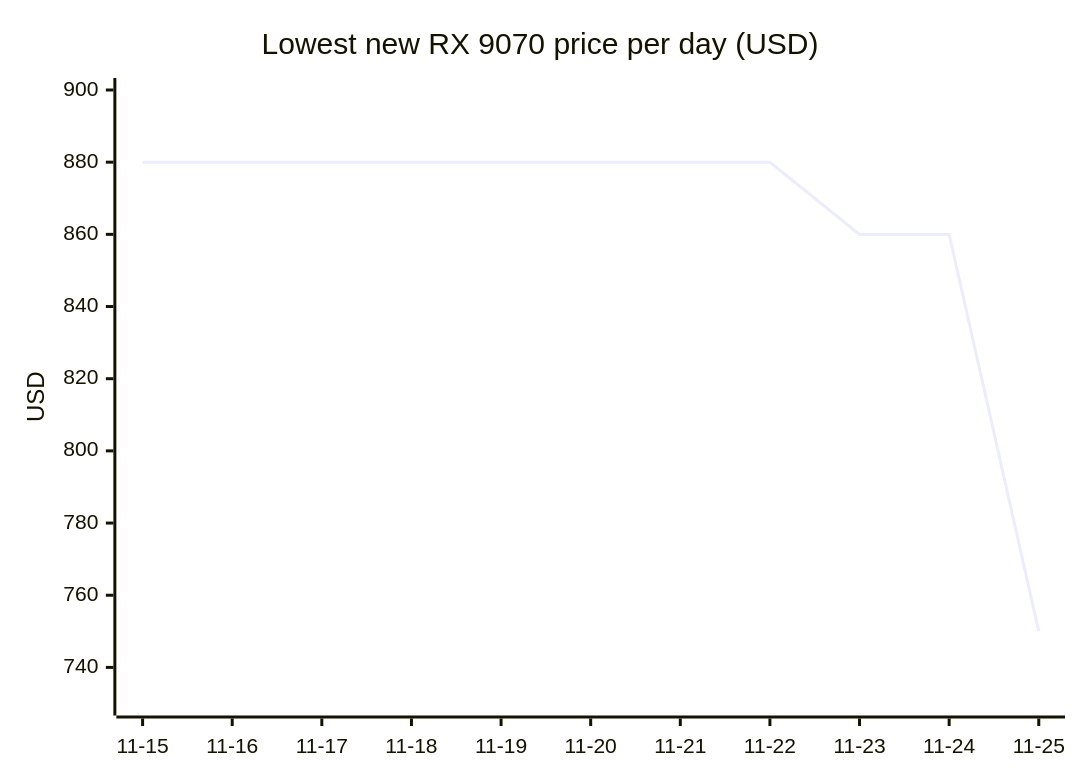
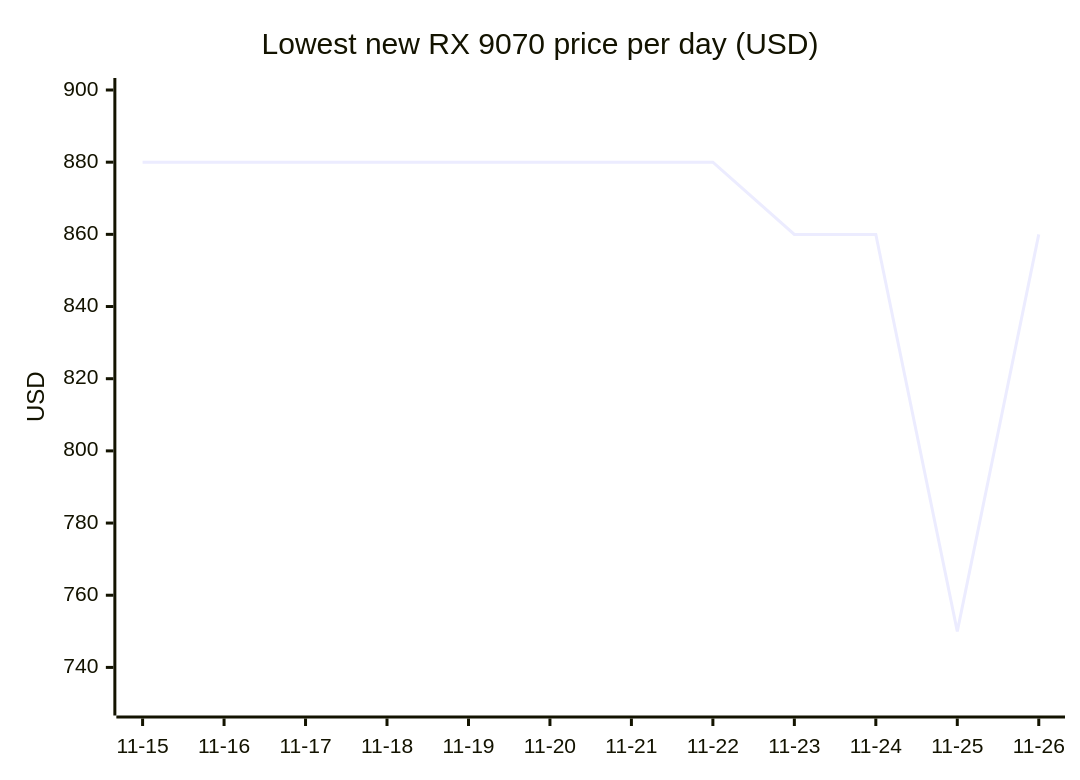
Diagram 12 of 18 in README.md (7324136828/4tb_ssd_price_watch), drawn with Mermaid before and after one commit. The commit also changed other lines of this file, not shown here.

````diff
--- a/README.md
+++ b/README.md
@@ -1265,7 +1303,7 @@
 ```mermaid
 xychart-beta
     title "Lowest new RX 9070 price per day (USD)"
-    x-axis ["11-15", "11-16", "11-17", "11-18", "11-19", "11-20", "11-21", "11-22", "11-23", "11-24", "11-25"]
+    x-axis ["11-15", "11-16", "11-17", "11-18", "11-19", "11-20", "11-21", "11-22", "11-23", "11-24", "11-25", "11-26"]
     y-axis "USD" 730 --> 900
-    line [879.99, 879.99, 879.99, 879.99, 879.99, 879.99, 879.99, 879.99, 859.99, 859.99, 749.99]
+    line [879.99, 879.99, 879.99, 879.99, 879.99, 879.99, 879.99, 879.99, 859.99, 859.99, 749.99, 859.99]
 ```
````
